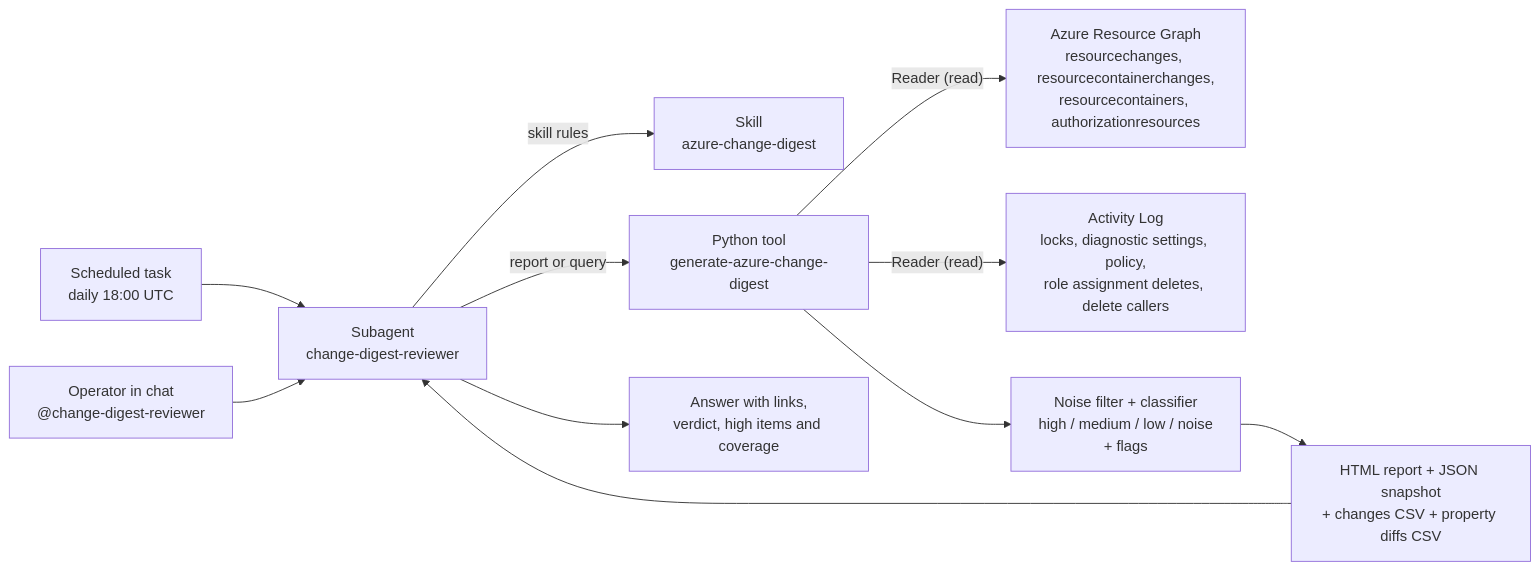
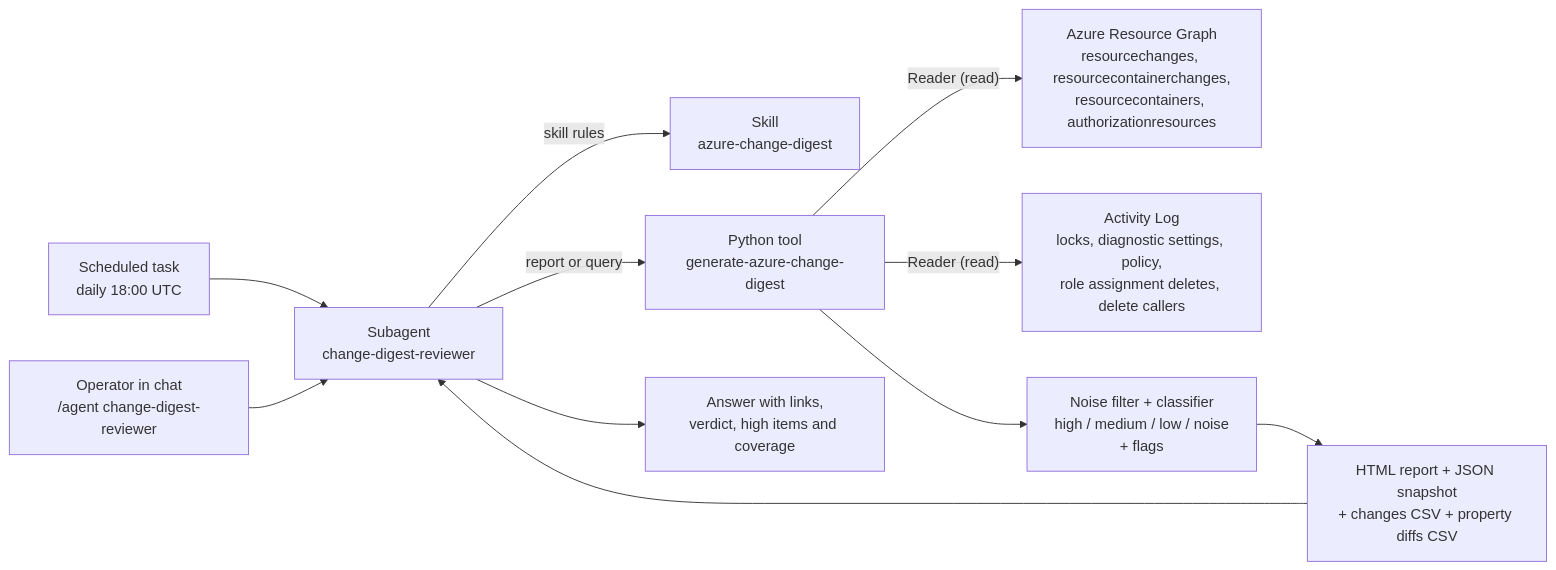
Before and after one commit to marioaguileraaa/sre-agent-use-cases: the diagram in 14-azure-relevant-changes-digest/README.md, drawn with Mermaid. The commit also changed other lines of this file and 350 other files, not shown here.

````diff
--- a/14-azure-relevant-changes-digest/README.md
+++ b/14-azure-relevant-changes-digest/README.md
@@ -118,13 +118,13 @@
 ```mermaid
 flowchart LR
     S[Scheduled task<br/>daily 18:00 UTC] --> A
-    U[Operator in chat<br/>@change-digest-reviewer] --> A
+    U[Operator in chat<br/>/agent change-digest-reviewer] --> A
     A[Subagent<br/>change-digest-reviewer] -->|skill rules| K[Skill<br/>azure-change-digest]
     A -->|"report or query"| T[Python tool<br/>generate-azure-change-digest]
     T -->|"Reader (read)"| ARG[Azure Resource Graph<br/>resourcechanges, resourcecontainerchanges,<br/>resourcecontainers, authorizationresources]
     T -->|"Reader (read)"| AL[Activity Log<br/>locks, diagnostic settings, policy,<br/>role assignment deletes, delete callers]
     T --> C[Noise filter + classifier<br/>high / medium / low / noise<br/>+ flags]
     C --> R[HTML report + JSON snapshot<br/>+ changes CSV + property diffs CSV]
     R --> A
     A --> O[Answer with links,<br/>verdict, high items and coverage]
 ```
````
